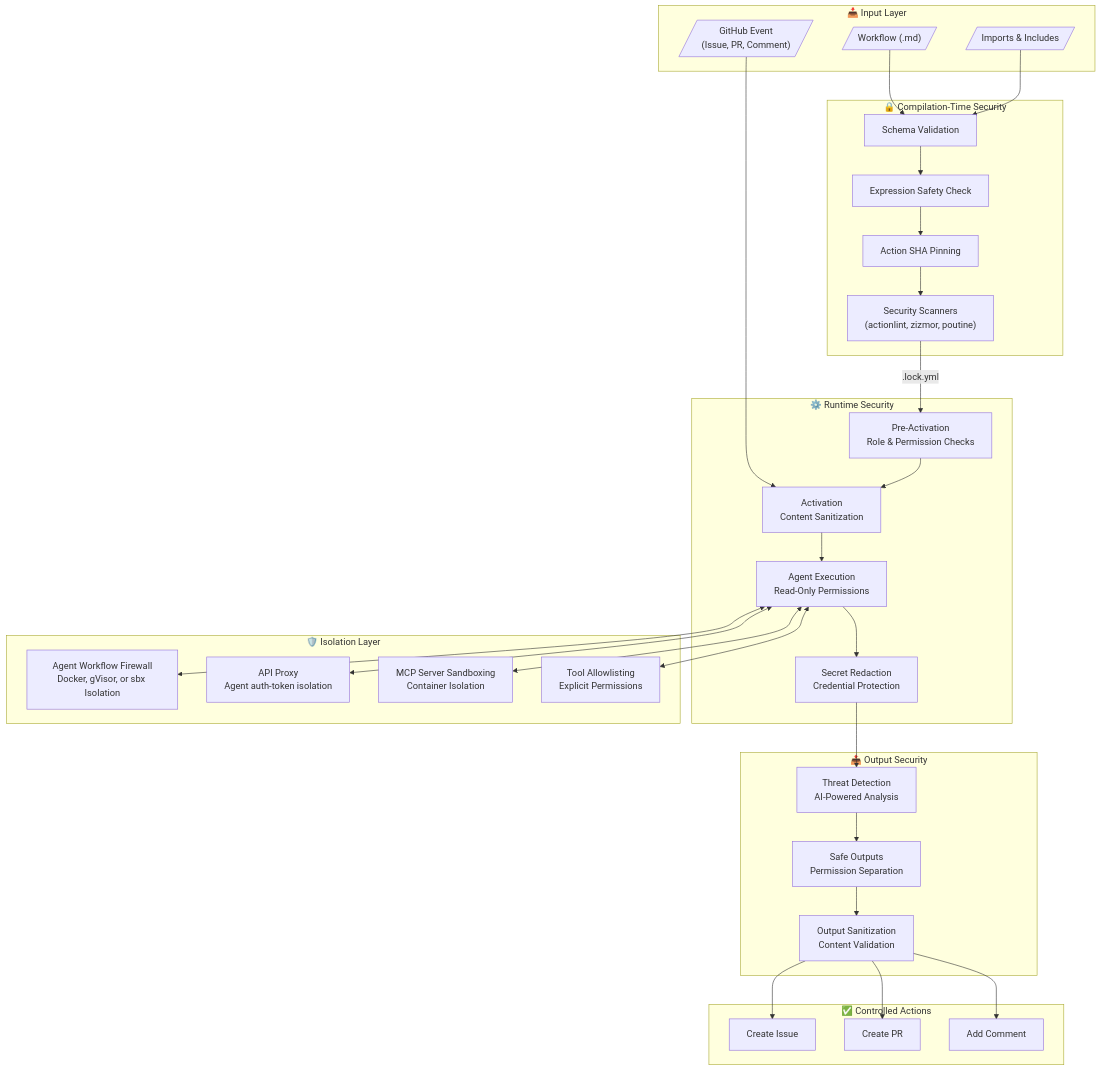
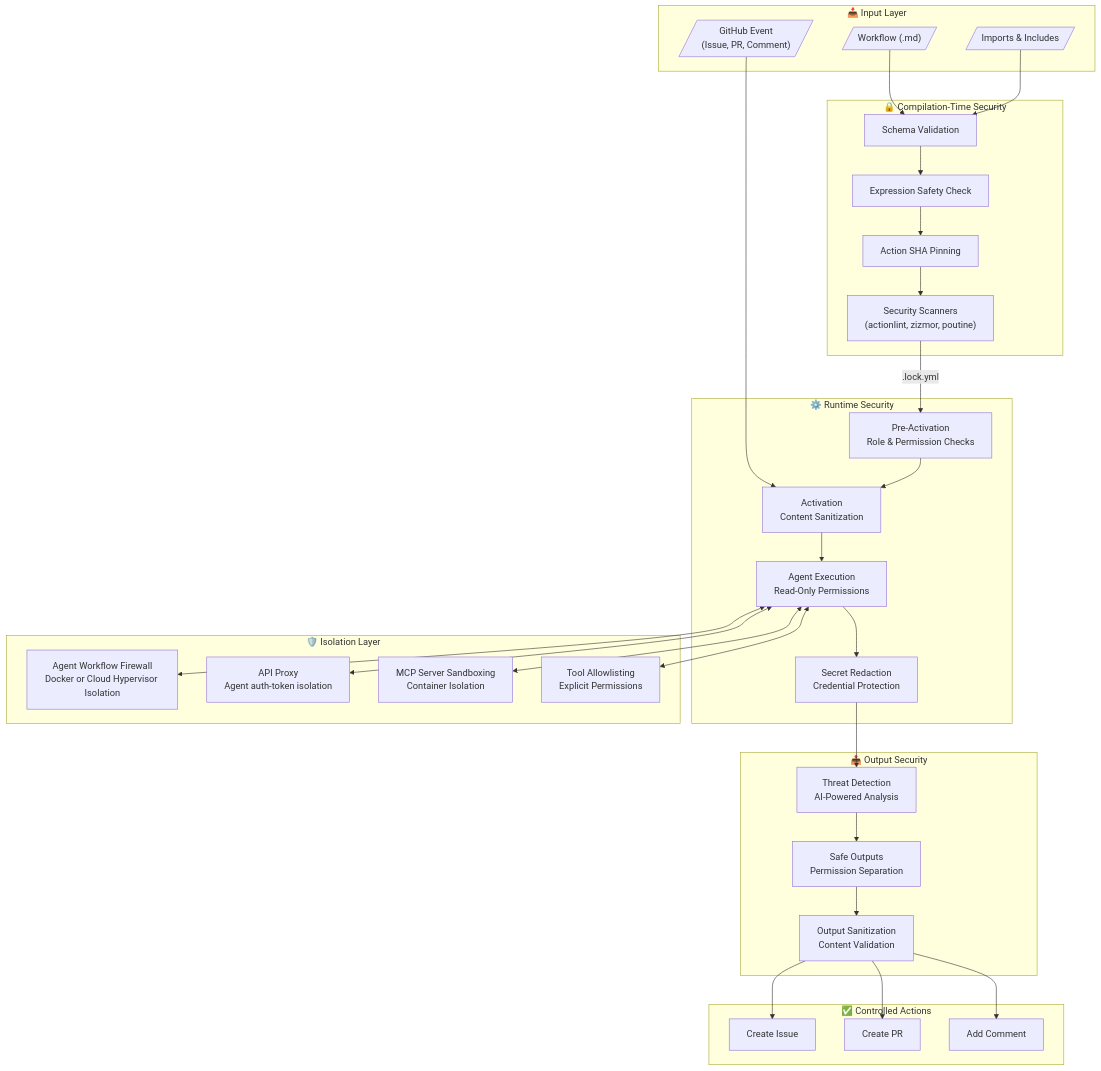
The first of 11 diagrams in docs/src/content/docs/introduction/architecture.mdx (Ditto190/gh-aw-modme), drawn with Mermaid before and after one commit. The commit also changed other lines of this file and 101 other files, not shown here.

First line of the commit message:
Remove Docker sbx and gVisor sandbox runtimes (#63034)

````diff
--- a/docs/src/content/docs/introduction/architecture.mdx
+++ b/docs/src/content/docs/introduction/architecture.mdx
@@ -65,66 +65,66 @@
 ```mermaid
 flowchart TB
     subgraph Input["📥 Input Layer"]
         WF[/"Workflow (.md)"/]
         IMPORTS[/"Imports & Includes"/]
         EVENT[/"GitHub Event<br/>(Issue, PR, Comment)"/]
     end
 
     subgraph Compile["🔒 Compilation-Time Security"]
         SCHEMA["Schema Validation"]
         EXPR["Expression Safety Check"]
         PIN["Action SHA Pinning"]
         SCAN["Security Scanners<br/>(actionlint, zizmor, poutine)"]
     end
 
     subgraph Runtime["⚙️ Runtime Security"]
         PRE["Pre-Activation<br/>Role & Permission Checks"]
         ACT["Activation<br/>Content Sanitization"]
         AGENT["Agent Execution<br/>Read-Only Permissions"]
         REDACT_MAIN["Secret Redaction<br/>Credential Protection"]
     end
 
     subgraph Isolation["🛡️ Isolation Layer"]
-        AWF["Agent Workflow Firewall<br/>Docker, gVisor, or sbx Isolation"]
+        AWF["Agent Workflow Firewall<br/>Docker or Cloud Hypervisor Isolation"]
         PROXY["API Proxy<br/>Agent auth-token isolation"]
         MCP["MCP Server Sandboxing<br/>Container Isolation"]
         TOOL["Tool Allowlisting<br/>Explicit Permissions"]
     end
 
     subgraph Output["📤 Output Security"]
         DETECT["Threat Detection<br/>AI-Powered Analysis"]
         SAFE["Safe Outputs<br/>Permission Separation"]
         SANITIZE["Output Sanitization<br/>Content Validation"]
     end
 
     subgraph Result["✅ Controlled Actions"]
         ISSUE["Create Issue"]
         PR["Create PR"]
         COMMENT["Add Comment"]
     end
 
     WF --> SCHEMA
     IMPORTS --> SCHEMA
     SCHEMA --> EXPR
     EXPR --> PIN
     PIN --> SCAN
     SCAN -->|".lock.yml"| PRE
 
     EVENT --> ACT
     PRE --> ACT
     ACT --> AGENT
 
     AGENT <--> AWF
     AGENT <--> PROXY
     AGENT <--> MCP
     AGENT <--> TOOL
 
     AGENT --> REDACT_MAIN
     REDACT_MAIN --> DETECT
     DETECT --> SAFE
     SAFE --> SANITIZE
 
     SANITIZE --> ISSUE
     SANITIZE --> PR
     SANITIZE --> COMMENT
 ```
````
